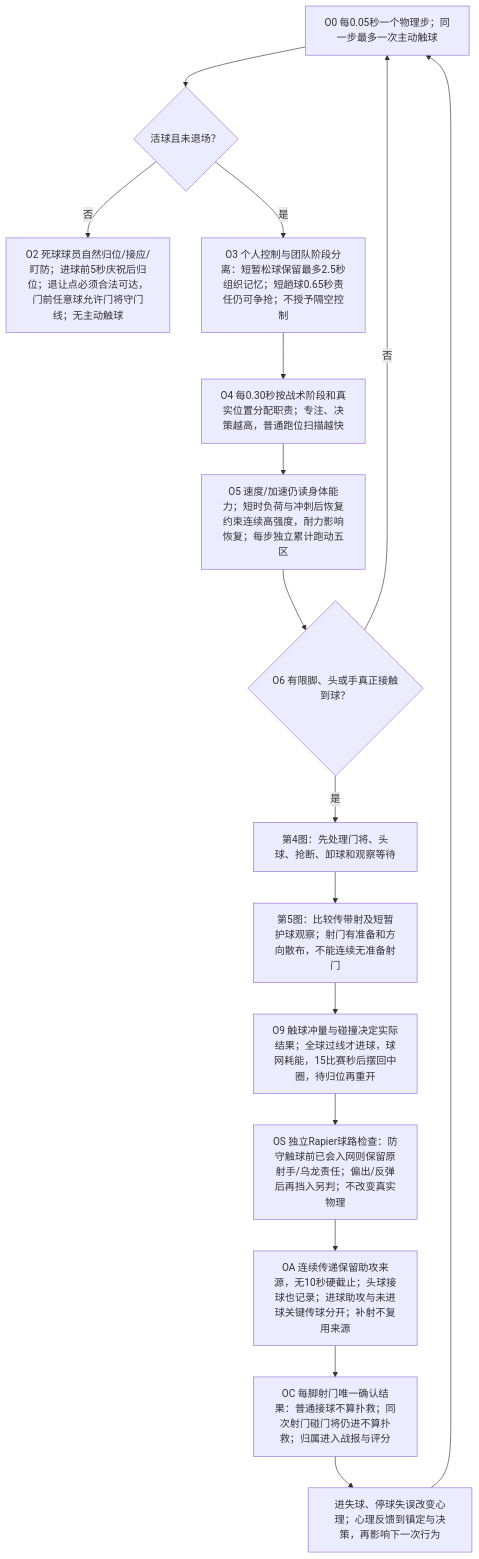
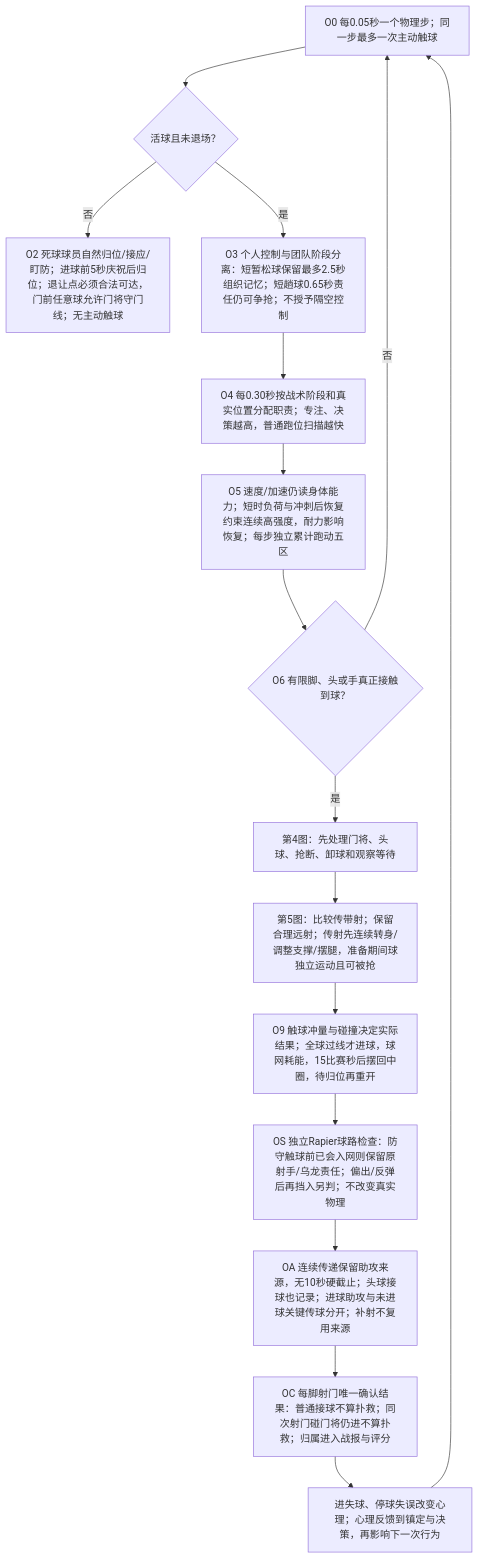
Before and after one commit to sixu3575/touchline-manager: the first of 7 diagrams in packages/shared/modules/matches/design/PLAYER_DECISION_MAP.md, drawn with Mermaid. The commit also changed other lines of this file and 30 other files, not shown here.

````diff
--- a/packages/shared/modules/matches/design/PLAYER_DECISION_MAP.md
+++ b/packages/shared/modules/matches/design/PLAYER_DECISION_MAP.md
@@ -27,18 +29,18 @@
 ```mermaid
 flowchart TD
   O0["O0 每0.05秒一个物理步；同一步最多一次主动触球"] --> O1{"活球且未退场？"}
   O1 -->|否| O2["O2 死球球员自然归位/接应/盯防；进球前5秒庆祝后归位；退让点必须合法可达，门前任意球允许门将守门线；无主动触球"]
   O1 -->|是| O3["O3 个人控制与团队阶段分离：短暂松球保留最多2.5秒组织记忆；短趟球0.65秒责任仍可争抢；不授予隔空控制"]
   O3 --> O4["O4 每0.30秒按战术阶段和真实位置分配职责；专注、决策越高，普通跑位扫描越快"]
   O4 --> O5["O5 速度/加速仍读身体能力；短时负荷与冲刺后恢复约束连续高强度，耐力影响恢复；每步独立累计跑动五区"]
   O5 --> O6{"O6 有限脚、头或手真正接触到球？"}
   O6 -->|否| O0
   O6 -->|是| O7["第4图：先处理门将、头球、抢断、卸球和观察等待"]
-  O7 --> O8["第5图：比较传带射及短暂护球观察；射门有准备和方向散布，不能连续无准备射门"]
+  O7 --> O8["第5图：比较传带射；保留合理远射；传射先连续转身/调整支撑/摆腿，准备期间球独立运动且可被抢"]
   O8 --> O9["O9 触球冲量与碰撞决定实际结果；全球过线才进球，球网耗能，15比赛秒后摆回中圈，待归位再重开"]
   O9 --> OS["OS 独立Rapier球路检查：防守触球前已会入网则保留原射手/乌龙责任；偏出/反弹后再挡入另判；不改变真实物理"]
   OS --> OA["OA 连续传递保留助攻来源，无10秒硬截止；头球接球也记录；进球助攻与未进球关键传球分开；补射不复用来源"]
   OA --> OC["OC 每脚射门唯一确认结果：普通接球不算扑救；同次射门碰门将仍进不算扑救；归属进入战报与评分"]
   OC --> O10["进失球、停球失误改变心理；心理反馈到镇定与决策，再影响下一次行为"]
   O10 --> O0
 ```
````
